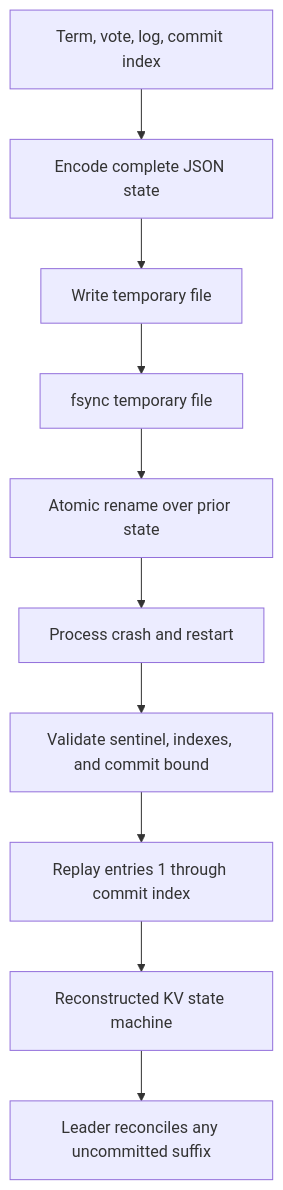
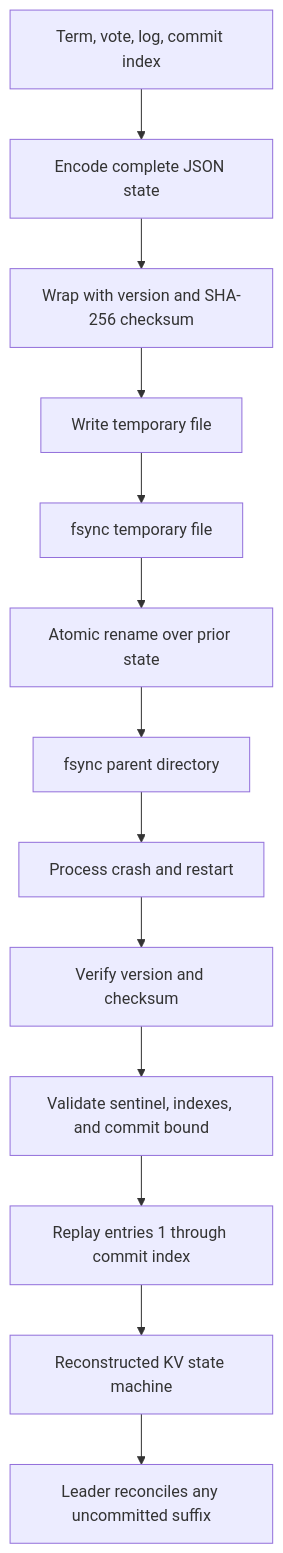
The sixth of 6 diagrams in docs/diagrams.md (jiholee5217/distributed-kv-store), drawn with Mermaid before and after one commit. The commit also changed other lines of this file and 7 other files, not shown here.

````diff
--- a/docs/diagrams.md
+++ b/docs/diagrams.md
@@ -126,12 +126,15 @@
 ```mermaid
 flowchart TD
     M["Term, vote, log, commit index"] --> J["Encode complete JSON state"]
-    J --> T["Write temporary file"]
+    J --> H["Wrap with version and SHA-256 checksum"]
+    H --> T["Write temporary file"]
     T --> F["fsync temporary file"]
     F --> R["Atomic rename over prior state"]
-    R --> C["Process crash and restart"]
-    C --> V["Validate sentinel, indexes, and commit bound"]
+    R --> D["fsync parent directory"]
+    D --> C["Process crash and restart"]
+    C --> Q["Verify version and checksum"]
+    Q --> V["Validate sentinel, indexes, and commit bound"]
     V --> A["Replay entries 1 through commit index"]
     A --> K["Reconstructed KV state machine"]
     K --> P["Leader reconciles any uncommitted suffix"]
 ```
````
